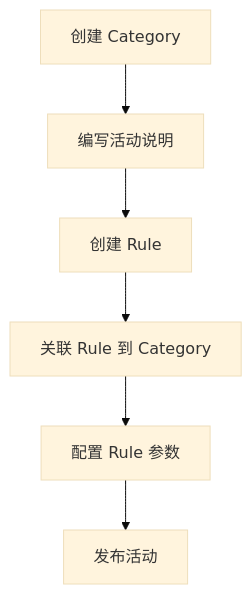
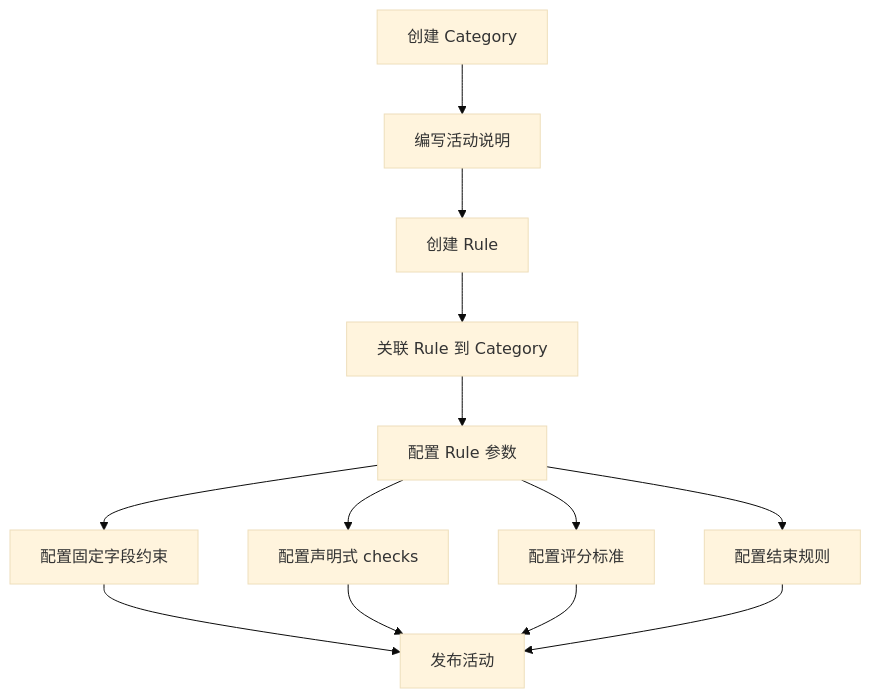
The second of 11 diagrams in docs/user-journeys.md (H2OSLabs/SynnovatorZero), drawn with Mermaid (base theme) before and after one commit. The commit also changed other lines of this file and 3 other files, not shown here.

````diff
--- a/docs/user-journeys.md
+++ b/docs/user-journeys.md
@@ -136,8 +163,15 @@
 ```mermaid
 flowchart TD
     A[创建 Category] --> B[编写活动说明]
     B --> C[创建 Rule]
     C --> D[关联 Rule 到 Category]
     D --> E[配置 Rule 参数]
-    E --> F[发布活动]
+    E --> E1[配置固定字段约束]
+    E --> E2[配置声明式 checks]
+    E --> E3[配置评分标准]
+    E --> E4[配置结束规则]
+    E1 --> F[发布活动]
+    E2 --> F
+    E3 --> F
+    E4 --> F
 ```
````
